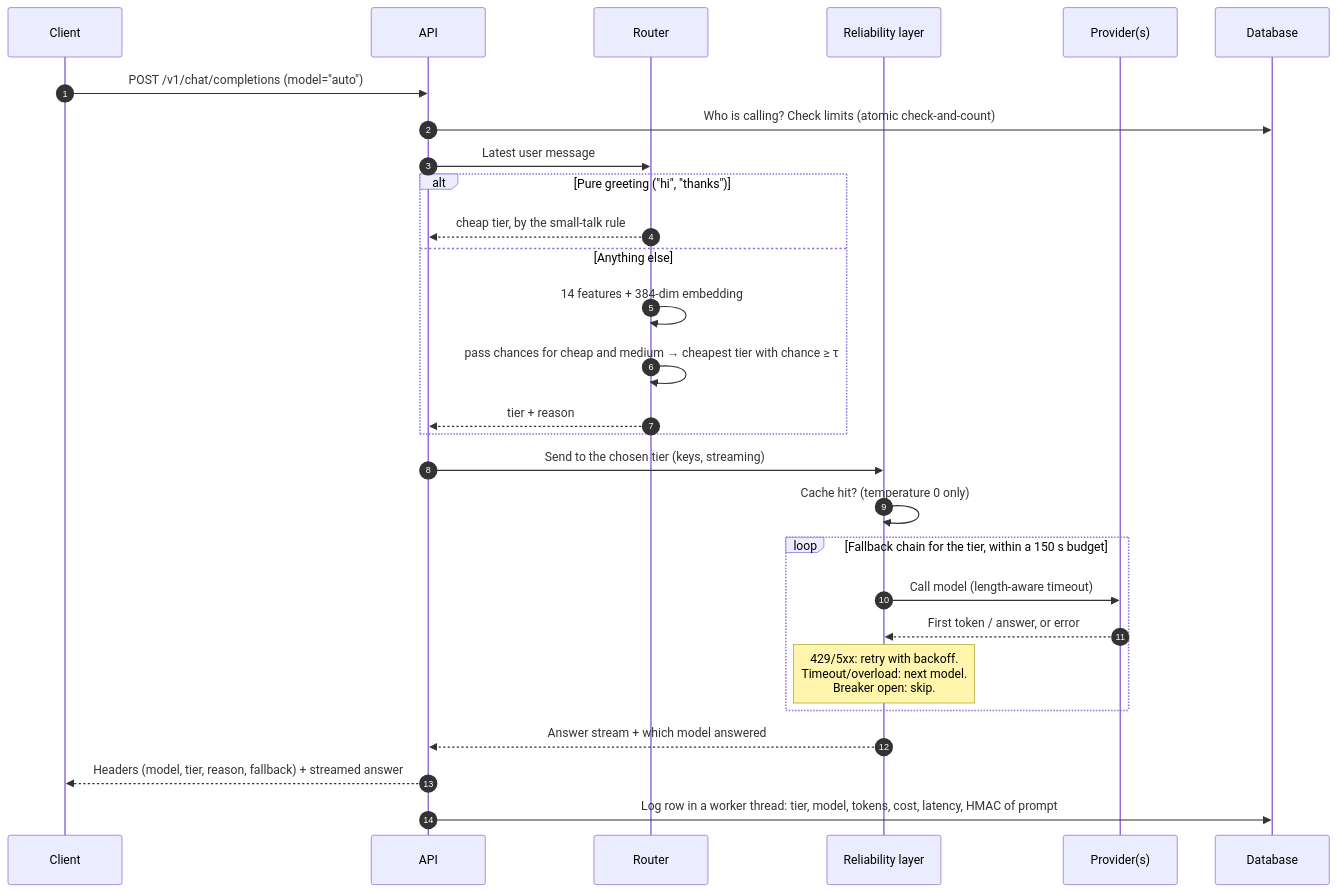
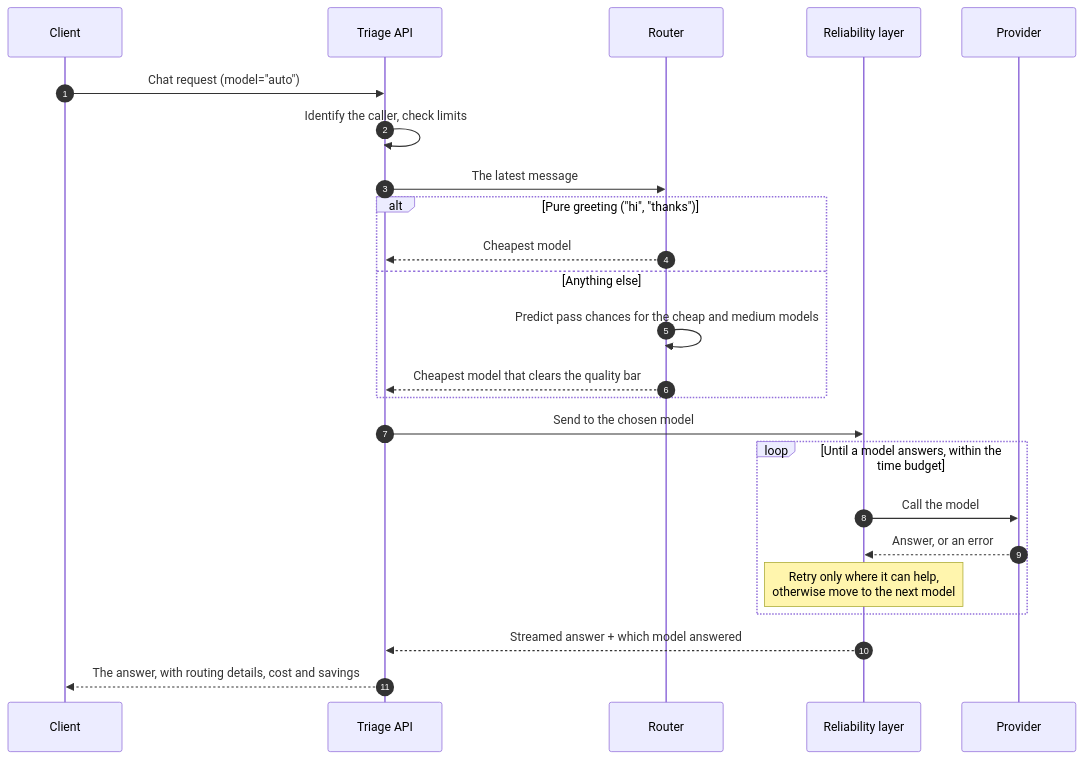
One commit to karansanghvi/triage changed the second of 2 diagrams in CASE_STUDY.md. Above: the diagram before and after it, drawn with Mermaid. The commit also changed other lines of this file and 9 other files, not shown here.

````diff
--- a/CASE_STUDY.md
+++ b/CASE_STUDY.md
@@ -149,31 +161,27 @@
 ```mermaid
 sequenceDiagram
     autonumber
     participant C as Client
-    participant A as API
+    participant A as Triage API
     participant R as Router
     participant L as Reliability layer
-    participant P as Provider(s)
-    participant D as Database
+    participant P as Provider
 
-    C->>A: POST /v1/chat/completions (model="auto")
-    A->>D: Who is calling? Check limits (atomic check-and-count)
-    A->>R: Latest user message
+    C->>A: Chat request (model="auto")
+    A->>A: Identify the caller, check limits
+    A->>R: The latest message
     alt Pure greeting ("hi", "thanks")
-        R-->>A: cheap tier, by the small-talk rule
+        R-->>A: Cheapest model
     else Anything else
-        R->>R: 14 features + 384-dim embedding
-        R->>R: pass chances for cheap and medium → cheapest tier with chance ≥ τ
-        R-->>A: tier + reason
+        R->>R: Predict pass chances for the cheap and medium models
+        R-->>A: Cheapest model that clears the quality bar
     end
-    A->>L: Send to the chosen tier (keys, streaming)
-    L->>L: Cache hit? (temperature 0 only)
-    loop Fallback chain for the tier, within a 150 s budget
-        L->>P: Call model (length-aware timeout)
-        P-->>L: First token / answer, or error
-        Note over L: 429/5xx: retry with backoff.<br/>Timeout/overload: next model.<br/>Breaker open: skip.
+    A->>L: Send to the chosen model
+    loop Until a model answers, within the time budget
+        L->>P: Call the model
+        P-->>L: Answer, or an error
+        Note over L: Retry only where it can help,<br/>otherwise move to the next model
     end
-    L-->>A: Answer stream + which model answered
-    A-->>C: Headers (model, tier, reason, fallback) + streamed answer
-    A->>D: Log row in a worker thread: tier, model, tokens, cost, latency, HMAC of prompt
+    L-->>A: Streamed answer + which model answered
+    A-->>C: The answer, with routing details, cost and savings
 ```
````
